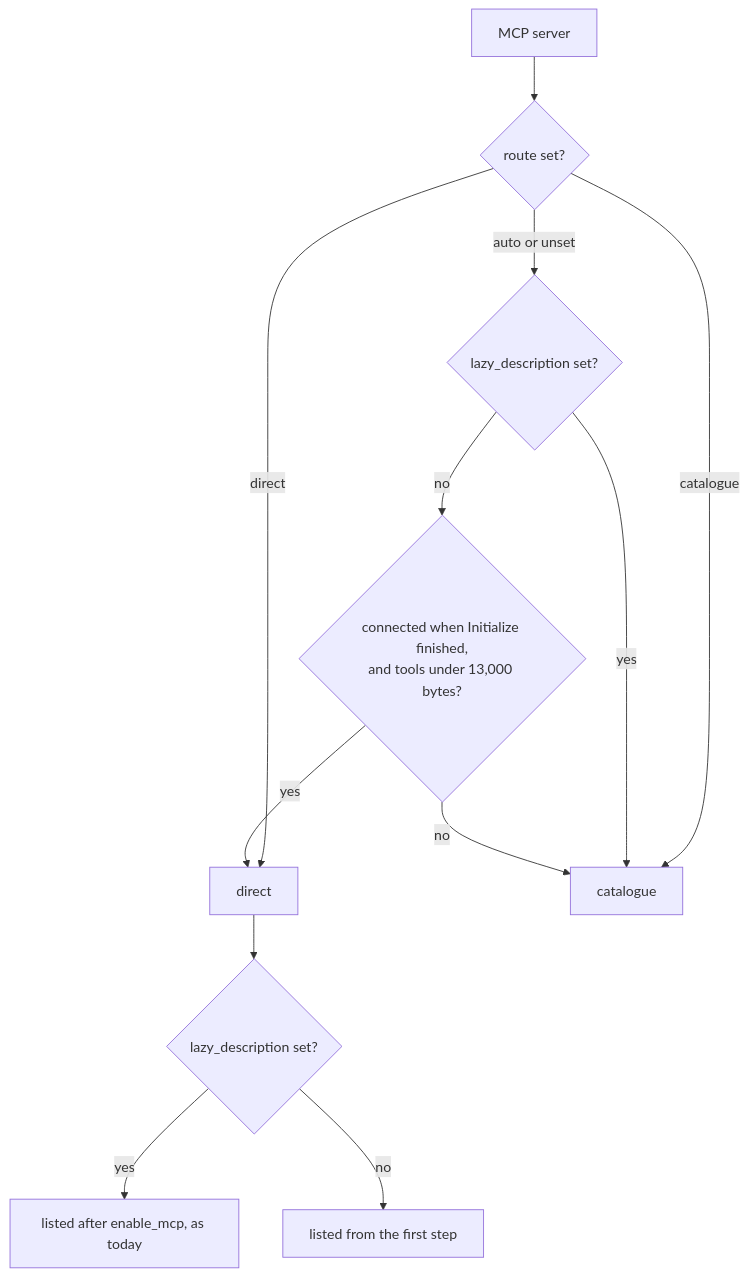
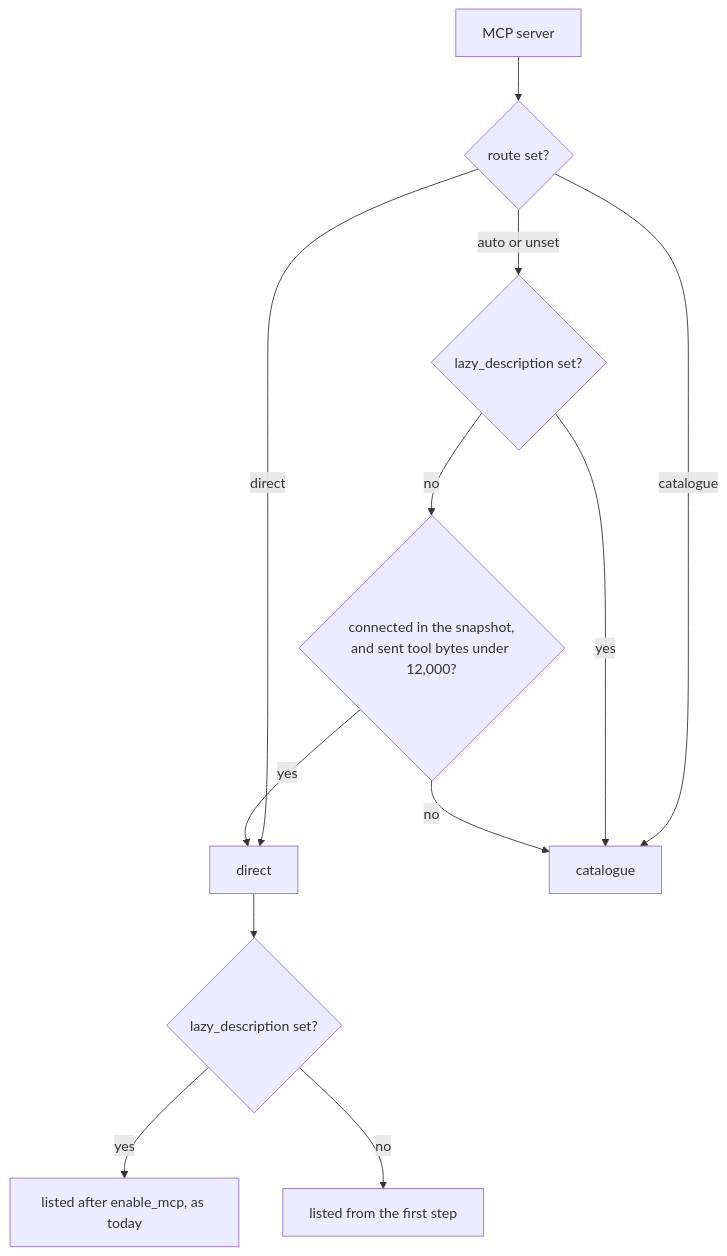
One commit to Broderick-Westrope/anvil changed the first of 2 diagrams in plans/design-2026-10-23-mcp-tool-catalogue.md. Above: the diagram before and after it, drawn with Mermaid. The commit also changed other lines of this file, not shown here.

Commit message:
docs: pin route snapshot timing and prefix scope in MCP catalogue design

````diff
--- a/plans/design-2026-10-23-mcp-tool-catalogue.md
+++ b/plans/design-2026-10-23-mcp-tool-catalogue.md
@@ -51,14 +56,14 @@
 ```mermaid
 flowchart TD
     A[MCP server] --> B{route set?}
     B -- direct --> D[direct]
     B -- catalogue --> C[catalogue]
     B -- auto or unset --> E{lazy_description set?}
     E -- yes --> C
-    E -- no --> F{connected when Initialize finished,<br/>and tools under 13,000 bytes?}
+    E -- no --> F{connected in the snapshot,<br/>and sent tool bytes under 12,000?}
     F -- yes --> D
     F -- no --> C
     D --> G{lazy_description set?}
     G -- yes --> H[listed after enable_mcp, as today]
     G -- no --> I[listed from the first step]
 ```
````
